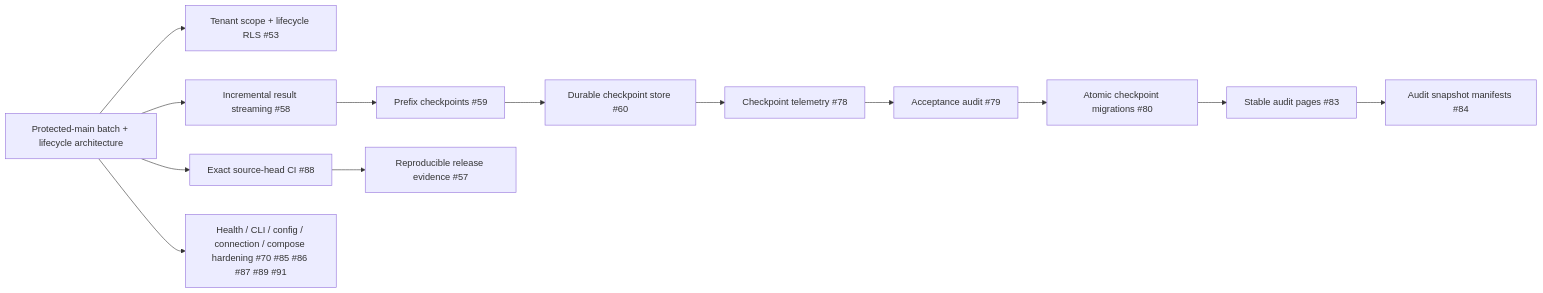
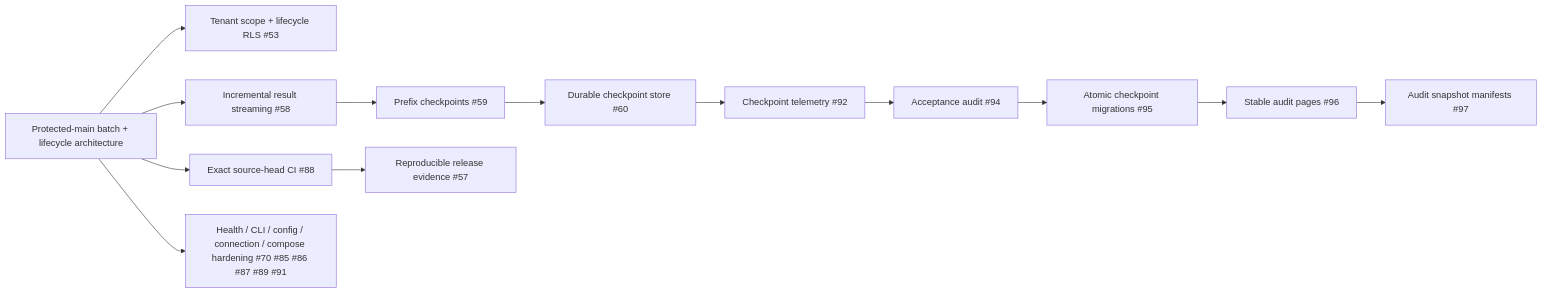
One commit to ContextualWisdomLab/pg-llm-batch changed the second of 2 diagrams in ARCHITECTURE.md. Above: the diagram before and after it, drawn with Mermaid. The commit also changed other lines of this file, not shown here.

Commit message:
docs(architecture): align current stack and preparation order

````diff
--- a/ARCHITECTURE.md
+++ b/ARCHITECTURE.md
@@ -169,29 +169,29 @@
 ```mermaid
 flowchart LR
     Protected[Protected-main batch + lifecycle architecture]
     Tenant[Tenant scope + lifecycle RLS #53]
     Stream[Incremental result streaming #58]
     Checkpoint[Prefix checkpoints #59]
     DurableCP[Durable checkpoint store #60]
-    CPTelemetry[Checkpoint telemetry #78]
-    Audit[Acceptance audit #79]
-    Migrations[Atomic checkpoint migrations #80]
-    Pages[Stable audit pages #83]
-    Manifest[Audit snapshot manifests #84]
+    CPTelemetry[Checkpoint telemetry #92]
+    Audit[Acceptance audit #94]
+    Migrations[Atomic checkpoint migrations #95]
+    Pages[Stable audit pages #96]
+    Manifest[Audit snapshot manifests #97]
     ExactCI[Exact source-head CI #88]
     Release[Reproducible release evidence #57]
     Ops[Health / CLI / config / connection / compose hardening #70 #85 #86 #87 #89 #91]
 
     Protected --> Tenant
     Protected --> Stream
     Stream --> Checkpoint
     Checkpoint --> DurableCP
     DurableCP --> CPTelemetry
     CPTelemetry --> Audit
     Audit --> Migrations
     Migrations --> Pages
     Pages --> Manifest
     Protected --> ExactCI
     ExactCI --> Release
     Protected --> Ops
 ```
````
